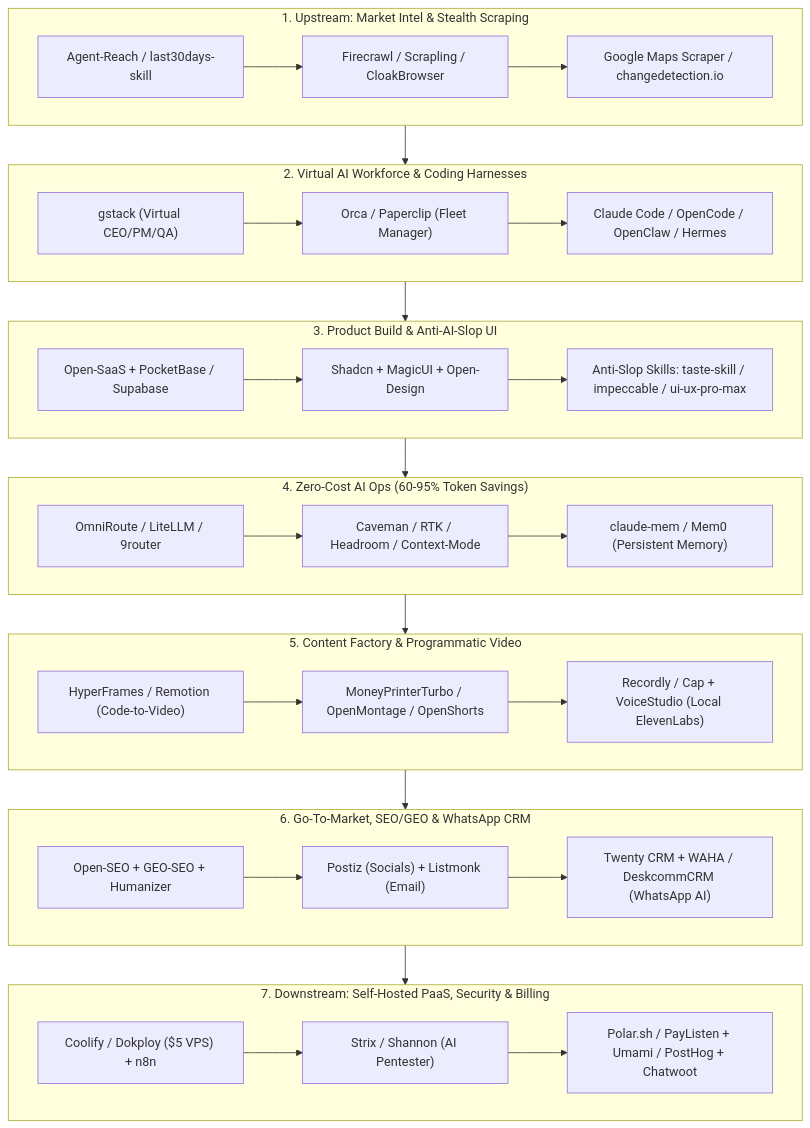
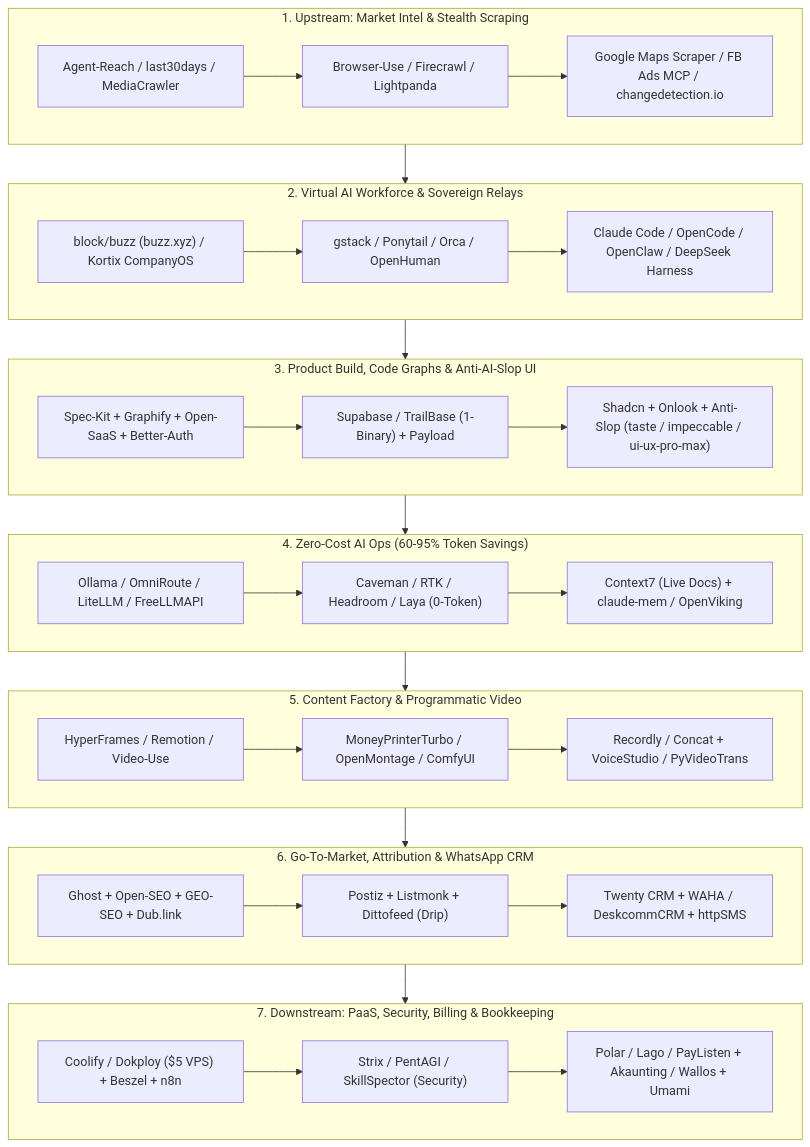
The diagram in README.md (ridloabelian/awesome-one-person-company), drawn with Mermaid before and after one commit. The commit also changed other lines of this file and 6 other files, not shown here.

Commit message:
feat(curation): expand to 208 verified active (<30d) repos including block/buzz (buzz.xyz) & unstarred solopreneur essentials

````diff
--- a/README.md
+++ b/README.md
@@ -32,39 +32,39 @@
 ```mermaid
 flowchart TD
     subgraph S1["1. Upstream: Market Intel & Stealth Scraping"]
-        A1["Agent-Reach / last30days-skill"] --> A2["Firecrawl / Scrapling / CloakBrowser"]
-        A2 --> A3["Google Maps Scraper / changedetection.io"]
+        A1["Agent-Reach / last30days / MediaCrawler"] --> A2["Browser-Use / Firecrawl / Lightpanda"]
+        A2 --> A3["Google Maps Scraper / FB Ads MCP / changedetection.io"]
     end
 
-    subgraph S2["2. Virtual AI Workforce & Coding Harnesses"]
-        B1["gstack (Virtual CEO/PM/QA)"] --> B2["Orca / Paperclip (Fleet Manager)"]
-        B2 --> B3["Claude Code / OpenCode / OpenClaw / Hermes"]
+    subgraph S2["2. Virtual AI Workforce & Sovereign Relays"]
+        B1["block/buzz (buzz.xyz) / Kortix CompanyOS"] --> B2["gstack / Ponytail / Orca / OpenHuman"]
+        B2 --> B3["Claude Code / OpenCode / OpenClaw / DeepSeek Harness"]
     end
 
-    subgraph S3["3. Product Build & Anti-AI-Slop UI"]
-        C1["Open-SaaS + PocketBase / Supabase"] --> C2["Shadcn + MagicUI + Open-Design"]
-        C2 --> C3["Anti-Slop Skills: taste-skill / impeccable / ui-ux-pro-max"]
+    subgraph S3["3. Product Build, Code Graphs & Anti-AI-Slop UI"]
+        C1["Spec-Kit + Graphify + Open-SaaS + Better-Auth"] --> C2["Supabase / TrailBase (1-Binary) + Payload"]
+        C2 --> C3["Shadcn + Onlook + Anti-Slop (taste / impeccable / ui-ux-pro-max)"]
     end
 
     subgraph S4["4. Zero-Cost AI Ops (60-95% Token Savings)"]
-        D1["OmniRoute / LiteLLM / 9router"] --> D2["Caveman / RTK / Headroom / Context-Mode"]
-        D2 --> D3["claude-mem / Mem0 (Persistent Memory)"]
+        D1["Ollama / OmniRoute / LiteLLM / FreeLLMAPI"] --> D2["Caveman / RTK / Headroom / Laya (0-Token)"]
+        D2 --> D3["Context7 (Live Docs) + claude-mem / OpenViking"]
     end
 
     subgraph S5["5. Content Factory & Programmatic Video"]
-        E1["HyperFrames / Remotion (Code-to-Video)"] --> E2["MoneyPrinterTurbo / OpenMontage / OpenShorts"]
-        E2 --> E3["Recordly / Cap + VoiceStudio (Local ElevenLabs)"]
+        E1["HyperFrames / Remotion / Video-Use"] --> E2["MoneyPrinterTurbo / OpenMontage / ComfyUI"]
+        E2 --> E3["Recordly / Concat + VoiceStudio / PyVideoTrans"]
     end
 
-    subgraph S6["6. Go-To-Market, SEO/GEO & WhatsApp CRM"]
-        F1["Open-SEO + GEO-SEO + Humanizer"] --> F2["Postiz (Socials) + Listmonk (Email)"]
-        F2 --> F3["Twenty CRM + WAHA / DeskcommCRM (WhatsApp AI)"]
+    subgraph S6["6. Go-To-Market, Attribution & WhatsApp CRM"]
+        F1["Ghost + Open-SEO + GEO-SEO + Dub.link"] --> F2["Postiz + Listmonk + Dittofeed (Drip)"]
+        F2 --> F3["Twenty CRM + WAHA / DeskcommCRM + httpSMS"]
     end
 
-    subgraph S7["7. Downstream: Self-Hosted PaaS, Security & Billing"]
-        G1["Coolify / Dokploy ($5 VPS) + n8n"] --> G2["Strix / Shannon (AI Pentester)"]
-        G2 --> G3["Polar.sh / PayListen + Umami / PostHog + Chatwoot"]
+    subgraph S7["7. Downstream: PaaS, Security, Billing & Bookkeeping"]
+        G1["Coolify / Dokploy ($5 VPS) + Beszel + n8n"] --> G2["Strix / PentAGI / SkillSpector (Security)"]
+        G2 --> G3["Polar / Lago / PayListen + Akaunting / Wallos + Umami"]
     end
 
     S1 --> S2 --> S3 --> S4 --> S5 --> S6 --> S7
 ```
````
